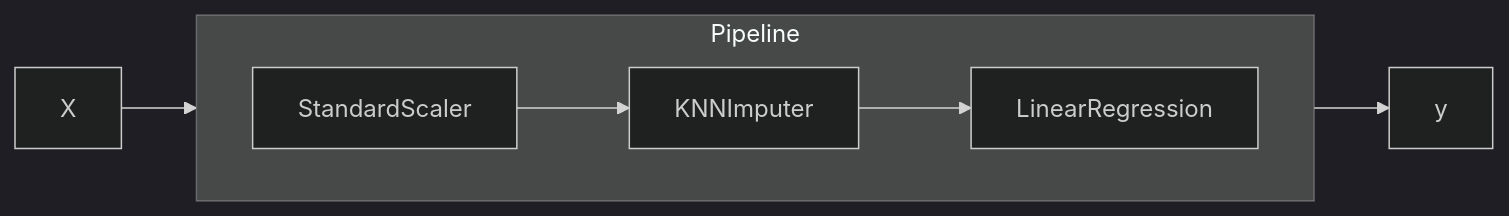
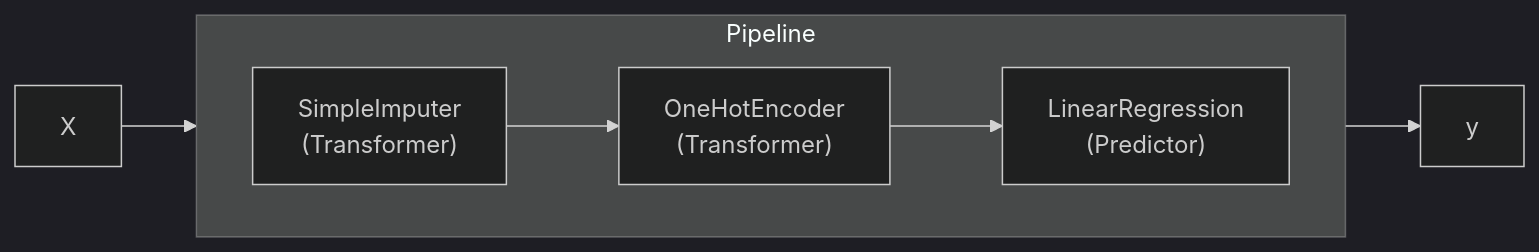
One commit to HassanAlgoz/machine-learning-python changed the fifth of 5 diagrams in content/modules/M2/lessons/03_slides_pipeline.qmd. Above: the diagram before and after it, drawn with Mermaid (dark theme). The commit also changed other lines of this file, not shown here.

Commit message:
add pipeline mermadid graph

````diff
--- a/content/modules/M2/lessons/03_slides_pipeline.qmd
+++ b/content/modules/M2/lessons/03_slides_pipeline.qmd
@@ -261,10 +250,9 @@
 ```{mermaid}
-%% |fig-align: center
 flowchart LR
     A[X] --> Pipeline{{Pipeline}}
     subgraph Pipeline
         direction LR
-        B1["StandardScaler"] --> B2["KNNImputer"] --> B3["LinearRegression"]
+        B1["SimpleImputer<br/>(Transformer)"] --> B2["OneHotEncoder<br/>(Transformer)"] --> B3["LinearRegression<br/>(Predictor)"]
     end
     Pipeline --> Y[y]
 ```
````
